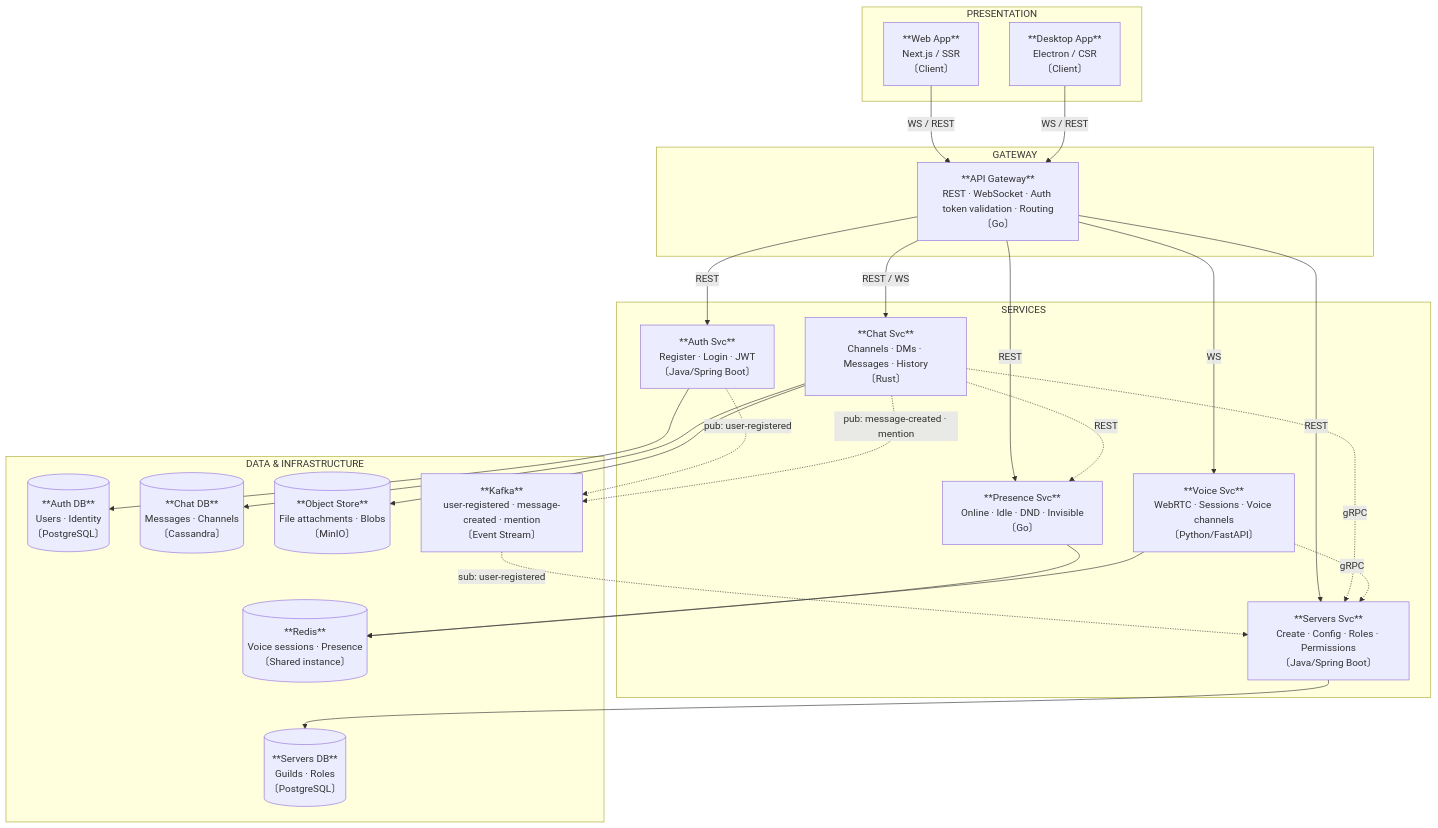
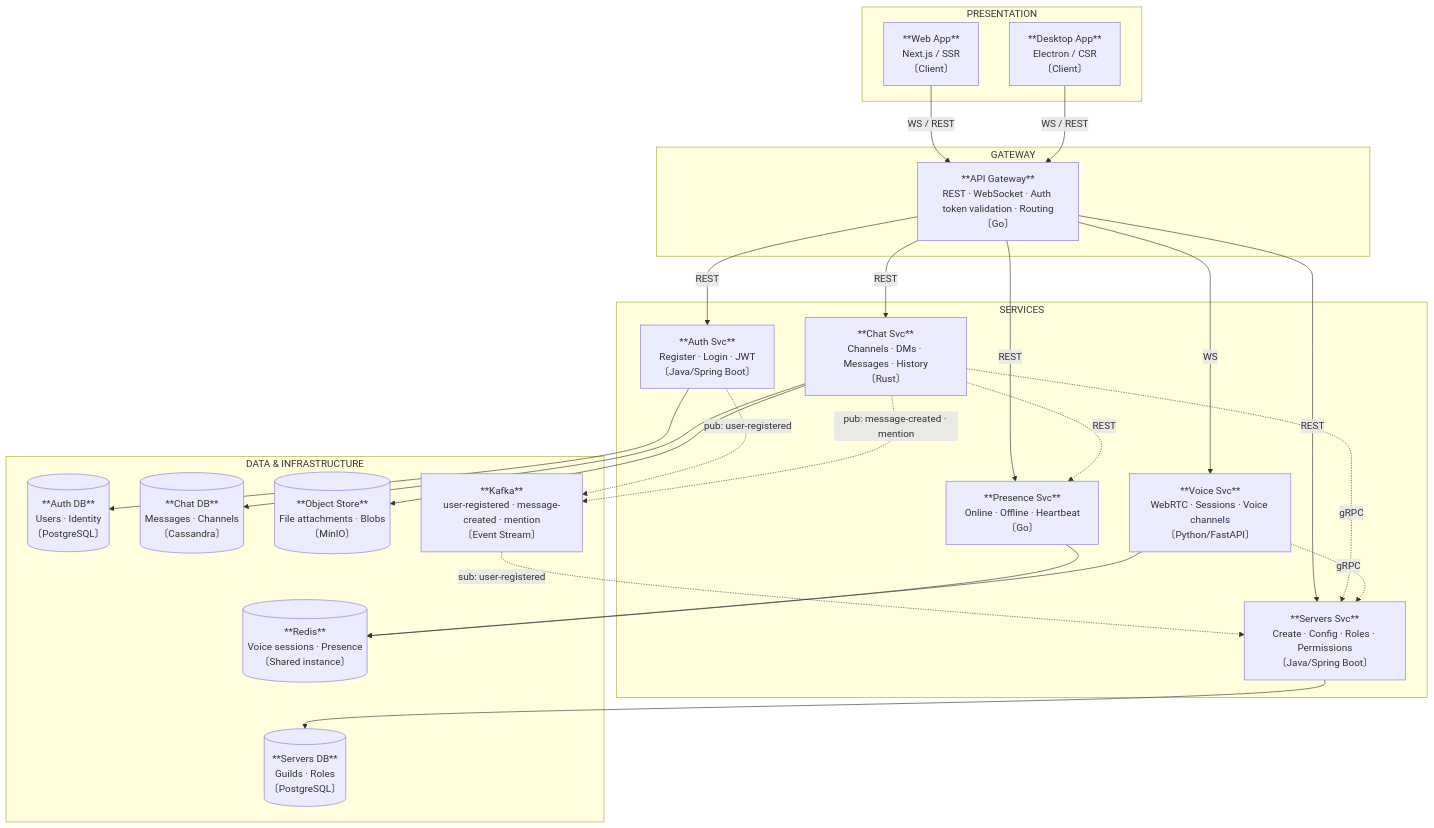
The first of 4 diagrams in docs/p2_2c.md (bashcas/concordia-chat-app), drawn with Mermaid before and after one commit. The commit also changed other lines of this file and 2 other files, not shown here.

````diff
--- a/docs/p2_2c.md
+++ b/docs/p2_2c.md
@@ -46,52 +46,52 @@
 ```mermaid
 graph TD
     subgraph PRESENTATION["PRESENTATION"]
         WebApp["**Web App**\nNext.js / SSR\n〔Client〕"]
         DesktopApp["**Desktop App**\nElectron / CSR\n〔Client〕"]
     end
 
     subgraph GATEWAY["GATEWAY"]
         APIGateway["**API Gateway**\nREST · WebSocket · Auth token validation · Routing\n〔Go〕"]
     end
 
     subgraph SERVICES["SERVICES"]
         AuthSvc["**Auth Svc**\nRegister · Login · JWT\n〔Java/Spring Boot〕"]
         ChatSvc["**Chat Svc**\nChannels · DMs · Messages · History\n〔Rust〕"]
         ServersSvc["**Servers Svc**\nCreate · Config · Roles · Permissions\n〔Java/Spring Boot〕"]
         VoiceSvc["**Voice Svc**\nWebRTC · Sessions · Voice channels\n〔Python/FastAPI〕"]
-        PresenceSvc["**Presence Svc**\nOnline · Idle · DND · Invisible\n〔Go〕"]
+        PresenceSvc["**Presence Svc**\nOnline · Offline · Heartbeat\n〔Go〕"]
     end
 
     subgraph DATA["DATA & INFRASTRUCTURE"]
         AuthDB[("**Auth DB**\nUsers · Identity\n〔PostgreSQL〕")]
         ChatDB[("**Chat DB**\nMessages · Channels\n〔Cassandra〕")]
         ServersDB[("**Servers DB**\nGuilds · Roles\n〔PostgreSQL〕")]
         Redis[("**Redis**\nVoice sessions · Presence\n〔Shared instance〕")]
         ObjectStore[("**Object Store**\nFile attachments · Blobs\n〔MinIO〕")]
         Kafka["**Kafka**\nuser-registered · message-created · mention\n〔Event Stream〕"]
     end
 
     WebApp -- "WS / REST" --> APIGateway
     DesktopApp -- "WS / REST" --> APIGateway
 
     APIGateway -- "REST" --> AuthSvc
-    APIGateway -- "REST / WS" --> ChatSvc
+    APIGateway -- "REST" --> ChatSvc
     APIGateway -- "REST" --> ServersSvc
     APIGateway -- "WS" --> VoiceSvc
     APIGateway -- "REST" --> PresenceSvc
 
     ChatSvc -. "gRPC" .-> ServersSvc
     VoiceSvc -. "gRPC" .-> ServersSvc
     ChatSvc -. "REST" .-> PresenceSvc
 
     AuthSvc -. "pub: user-registered" .-> Kafka
     ChatSvc -. "pub: message-created · mention" .-> Kafka
     Kafka -. "sub: user-registered" .-> ServersSvc
 
     AuthSvc --> AuthDB
     ChatSvc --> ChatDB
     ChatSvc --> ObjectStore
     ServersSvc --> ServersDB
     VoiceSvc --> Redis
     PresenceSvc --> Redis
 ```
````
